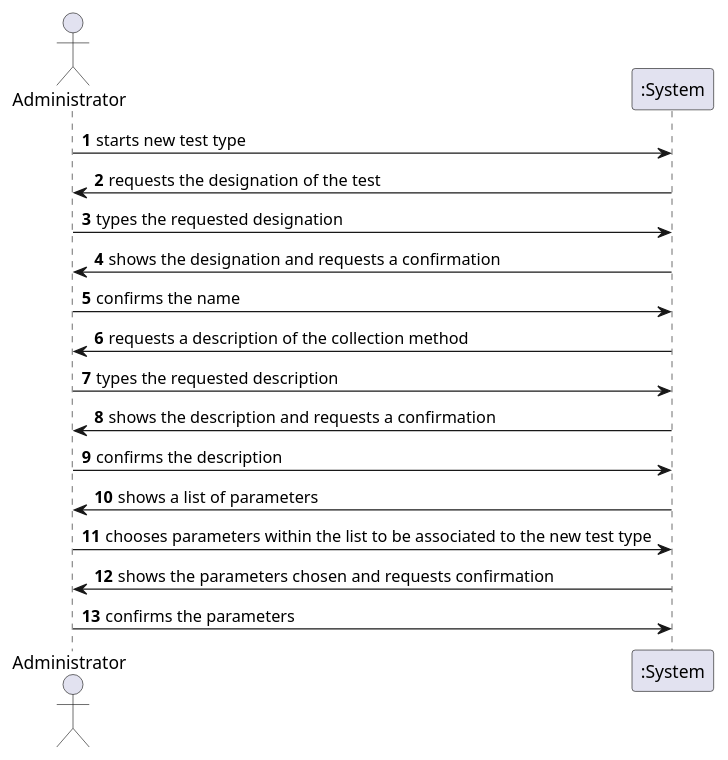
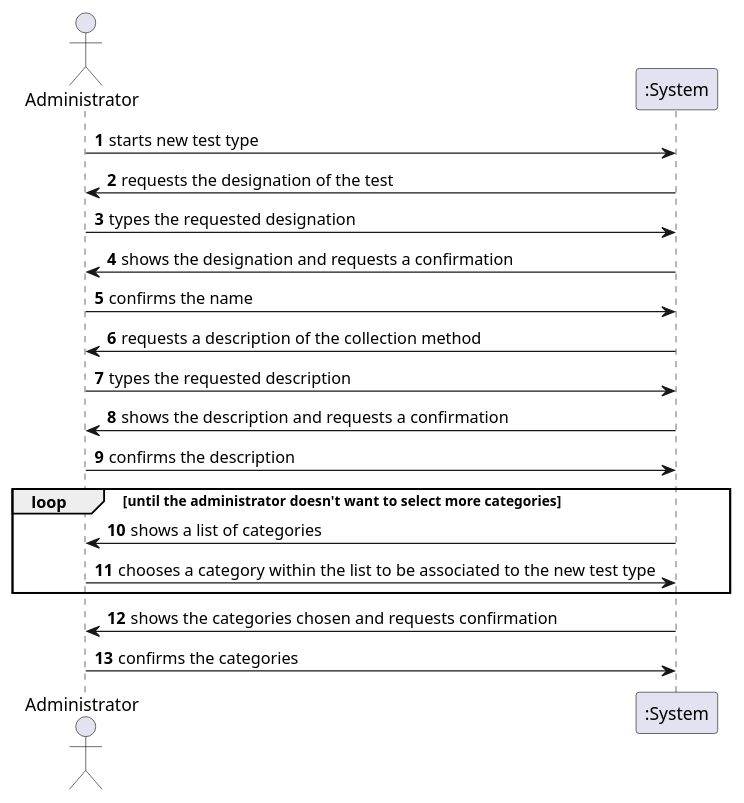
One commit to MadDinosaur/ISEP-LAPR2 changed the diagram in docs/SprintB/US9/US9_SSD.puml. Above: the diagram before and after it, drawn with PlantUML. The commit also changed 6 other files, not shown here.

```diff
--- a/docs/SprintB/US9/US9_SSD.puml
+++ b/docs/SprintB/US9/US9_SSD.puml
@@ -1,21 +1,23 @@
 @startuml
 
 autonumber
 
 actor Administrator
 
 Administrator -> ":System": starts new test type
 ":System" -> Administrator: requests the designation of the test
 Administrator -> ":System": types the requested designation
 ":System" -> Administrator: shows the designation and requests a confirmation
 Administrator -> ":System": confirms the name
 ":System" -> Administrator: requests a description of the collection method
 Administrator -> ":System": types the requested description
 ":System" -> Administrator: shows the description and requests a confirmation
 Administrator -> ":System": confirms the description
-":System" -> Administrator: shows a list of parameters
-Administrator -> ":System": chooses parameters within the list to be associated to the new test type
-":System" -> Administrator: shows the parameters chosen and requests confirmation
-Administrator -> ":System": confirms the parameters
+loop until the administrator doesn't want to select more categories
+":System" -> Administrator: shows a list of categories
+Administrator -> ":System": chooses a category within the list to be associated to the new test type
+end loop
+":System" -> Administrator: shows the categories chosen and requests confirmation
+Administrator -> ":System": confirms the categories
 
 @enduml
```
